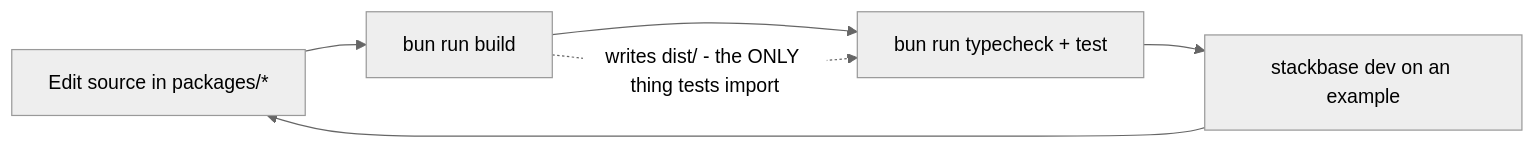
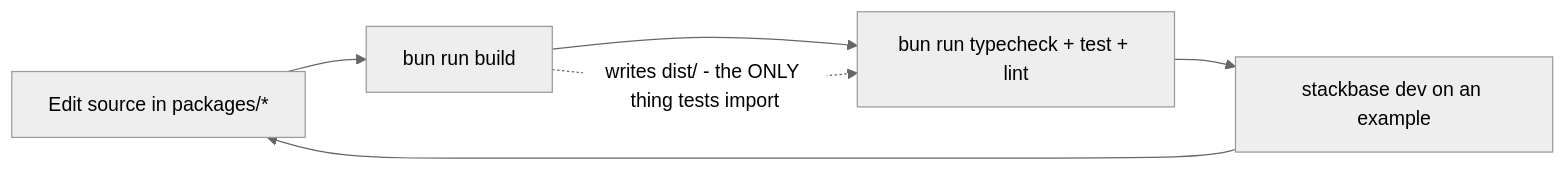
One commit to helipod-sh/helipod changed the first of 2 diagrams in docs_new/content/docs/contributing/codebase/development.mdx. Above: the diagram before and after it, drawn with Mermaid (neutral theme). The commit also changed other lines of this file and 11 other files, not shown here.

````diff
--- a/docs_new/content/docs/contributing/codebase/development.mdx
+++ b/docs_new/content/docs/contributing/codebase/development.mdx
@@ -75,8 +77,8 @@
 ```mermaid
 flowchart LR
     A["Edit source in packages/*"] --> B["bun run build"]
-    B --> C["bun run typecheck + test"]
+    B --> C["bun run typecheck + test + lint"]
     C --> D["stackbase dev on an example"]
     D --> A
     B -.->|"writes dist/ - the ONLY thing tests import"| C
 ```
````
